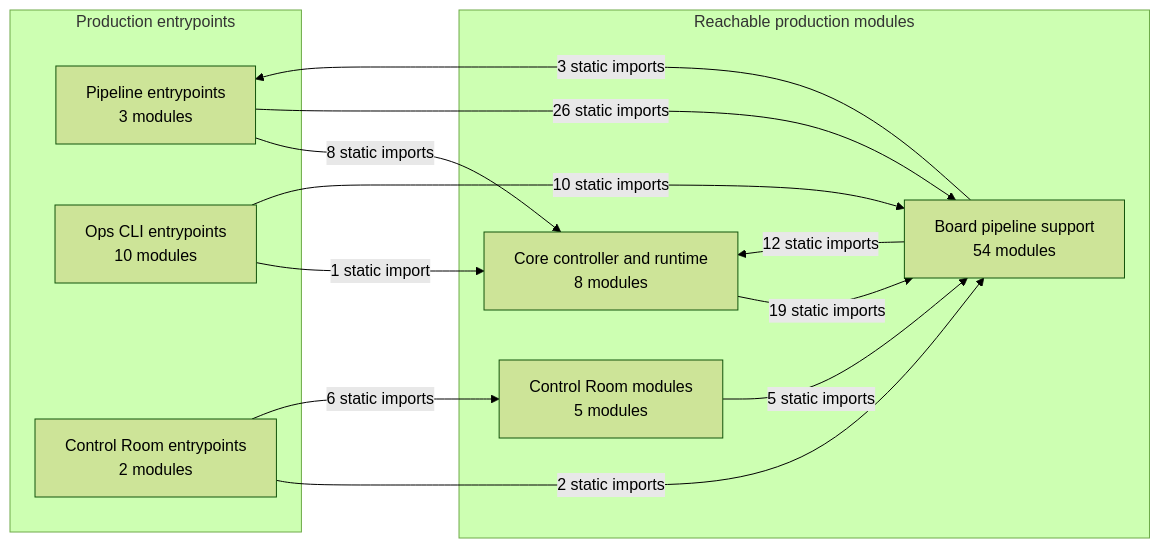
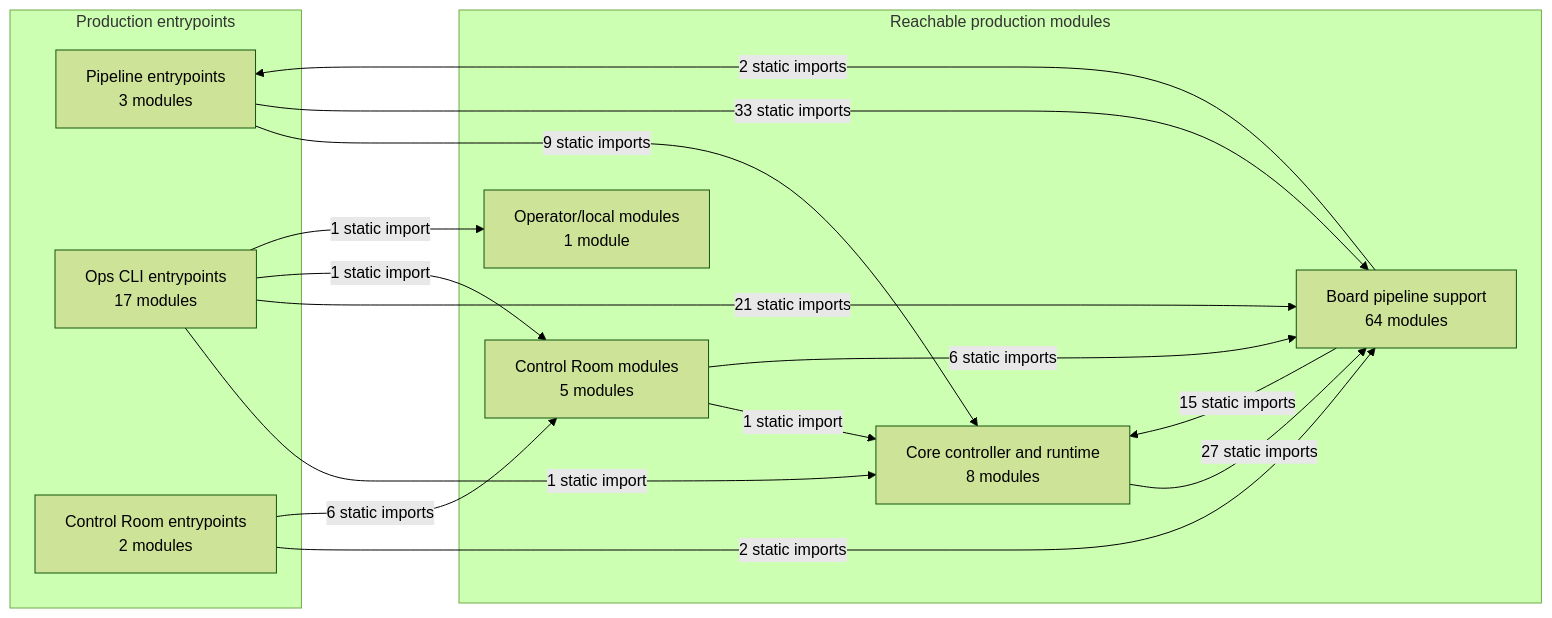
Before and after one commit to MyDum-bsu/darkfactory: the diagram in docs/ARCHITECTURE.generated.md, drawn with Mermaid (forest theme). The commit also changed other lines of this file and 146 other files, not shown here.

````diff
--- a/docs/ARCHITECTURE.generated.md
+++ b/docs/ARCHITECTURE.generated.md
@@ -7,23 +7,27 @@
 ```mermaid
 flowchart LR
   subgraph entries["Production entrypoints"]
     entry_pipeline["Pipeline entrypoints<br/>3 modules"]
-    entry_ops["Ops CLI entrypoints<br/>10 modules"]
+    entry_ops["Ops CLI entrypoints<br/>17 modules"]
     entry_control["Control Room entrypoints<br/>2 modules"]
   end
   subgraph modules["Reachable production modules"]
     core_pipeline["Core controller and runtime<br/>8 modules"]
-    board_support["Board pipeline support<br/>54 modules"]
+    board_support["Board pipeline support<br/>64 modules"]
     ops_control["Control Room modules<br/>5 modules"]
+    ops_local["Operator/local modules<br/>1 module"]
   end
-  entry_pipeline -->|8 static imports| core_pipeline
-  entry_pipeline -->|26 static imports| board_support
+  entry_pipeline -->|9 static imports| core_pipeline
+  entry_pipeline -->|33 static imports| board_support
   entry_ops -->|1 static import| core_pipeline
-  entry_ops -->|10 static imports| board_support
+  entry_ops -->|21 static imports| board_support
+  entry_ops -->|1 static import| ops_control
+  entry_ops -->|1 static import| ops_local
   entry_control -->|2 static imports| board_support
   entry_control -->|6 static imports| ops_control
-  core_pipeline -->|19 static imports| board_support
-  board_support -->|3 static imports| entry_pipeline
-  board_support -->|12 static imports| core_pipeline
-  ops_control -->|5 static imports| board_support
+  core_pipeline -->|27 static imports| board_support
+  board_support -->|2 static imports| entry_pipeline
+  board_support -->|15 static imports| core_pipeline
+  ops_control -->|1 static import| core_pipeline
+  ops_control -->|6 static imports| board_support
 ```
````
